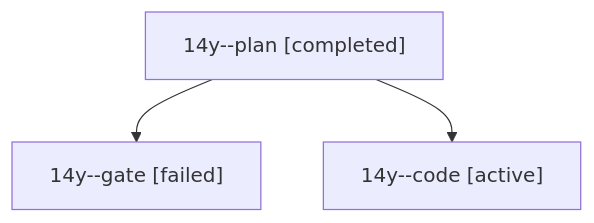
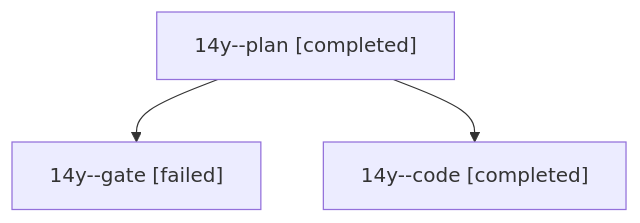
Before and after one commit to bobs-org/bob-cli--agents: the diagram in sessions/bbugyi200.athena.14y.md, drawn with Mermaid. The commit also changed other lines of this file and 147 other files, not shown here.

````diff
--- a/sessions/bbugyi200.athena.14y.md
+++ b/sessions/bbugyi200.athena.14y.md
@@ -9,8 +9,8 @@
 ```mermaid
 flowchart TD
   n0["14y--plan [completed]"]
   n1["14y--gate [failed]"]
   n0 --> n1
-  n2["14y--code [active]"]
+  n2["14y--code [completed]"]
   n0 --> n2
 ```
````
